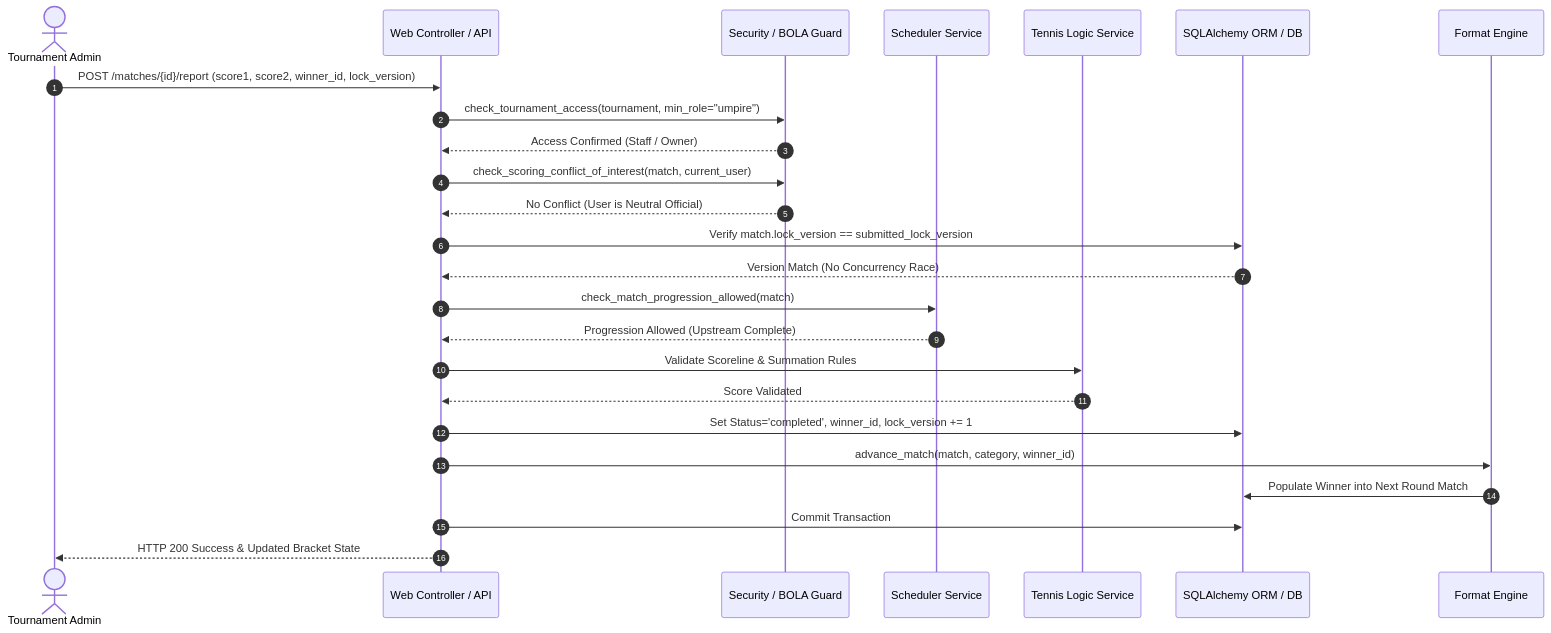
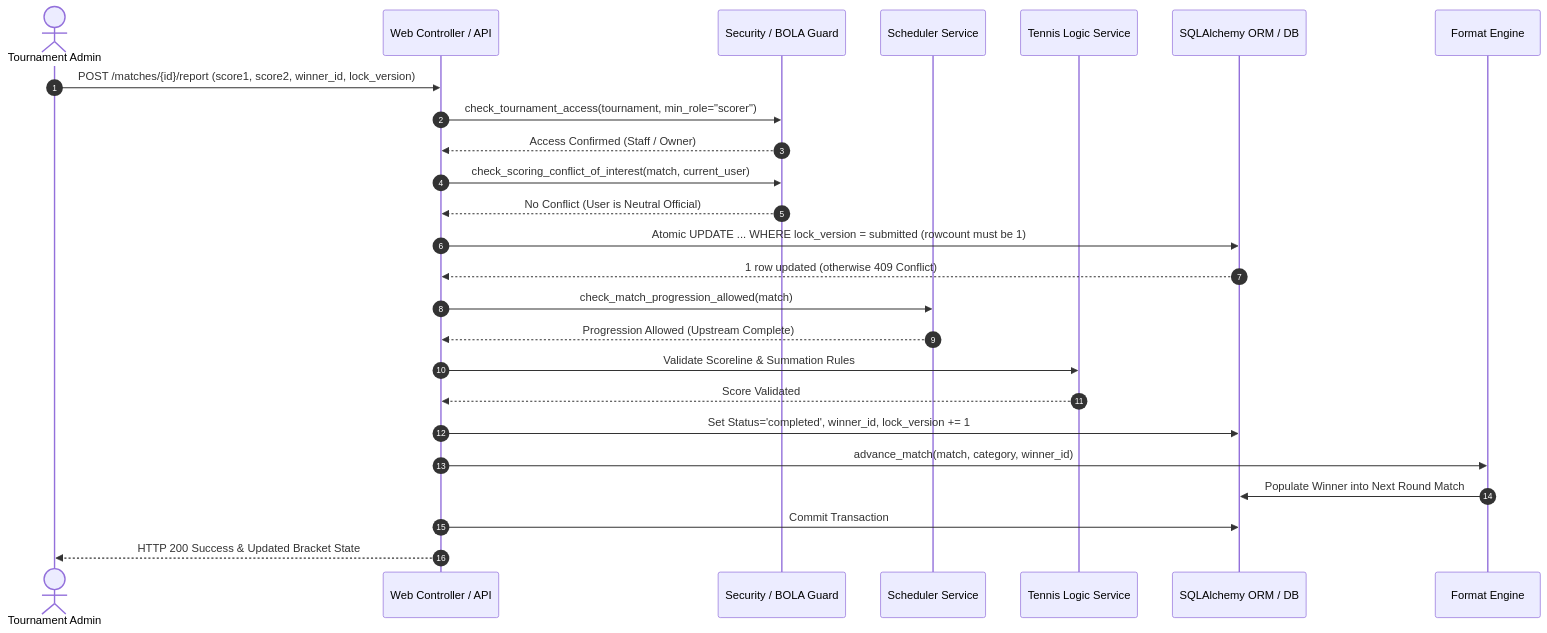
One commit to rahilmehta-24/TourneyPro changed the first of 2 diagrams in docs/ARCHITECTURE.md. Above: the diagram before and after it, drawn with Mermaid. The commit also changed other lines of this file and 21 other files, not shown here.

Commit message:
feat: add role aliases, public schemas, and security hardening for tournament staff access

````diff
--- a/docs/ARCHITECTURE.md
+++ b/docs/ARCHITECTURE.md
@@ -251,28 +270,28 @@
 ```mermaid
 sequenceDiagram
     autonumber
     actor Admin as Tournament Admin
     participant Web as Web Controller / API
     participant Sec as Security / BOLA Guard
     participant Sched as Scheduler Service
     participant Logic as Tennis Logic Service
     participant Model as SQLAlchemy ORM / DB
     participant Engine as Format Engine
 
     Admin->>Web: POST /matches/{id}/report (score1, score2, winner_id, lock_version)
-    Web->>Sec: check_tournament_access(tournament, min_role="umpire")
+    Web->>Sec: check_tournament_access(tournament, min_role="scorer")
     Sec-->>Web: Access Confirmed (Staff / Owner)
     Web->>Sec: check_scoring_conflict_of_interest(match, current_user)
     Sec-->>Web: No Conflict (User is Neutral Official)
-    Web->>Model: Verify match.lock_version == submitted_lock_version
-    Model-->>Web: Version Match (No Concurrency Race)
+    Web->>Model: Atomic UPDATE ... WHERE lock_version = submitted (rowcount must be 1)
+    Model-->>Web: 1 row updated (otherwise 409 Conflict)
     Web->>Sched: check_match_progression_allowed(match)
     Sched-->>Web: Progression Allowed (Upstream Complete)
     Web->>Logic: Validate Scoreline & Summation Rules
     Logic-->>Web: Score Validated
     Web->>Model: Set Status='completed', winner_id, lock_version += 1
     Web->>Engine: advance_match(match, category, winner_id)
     Engine->>Model: Populate Winner into Next Round Match
     Web->>Model: Commit Transaction
     Web-->>Admin: HTTP 200 Success & Updated Bracket State
 ```
````
